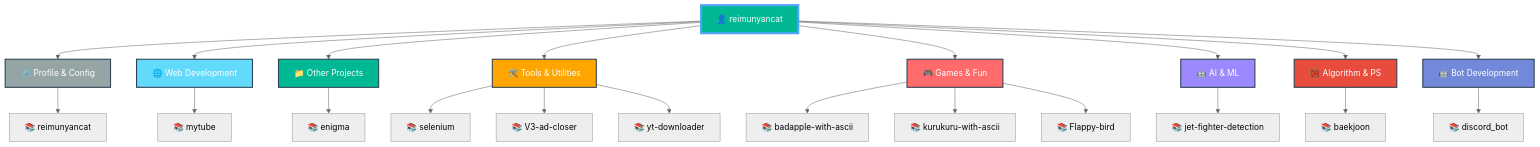
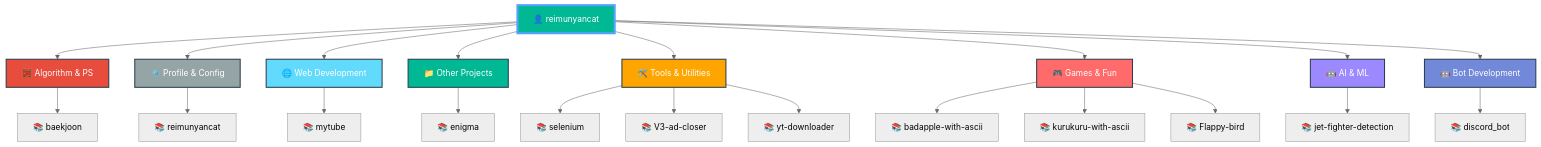
One commit to reimunyancat/reimunyancat changed the diagram in README.md. Above: the diagram before and after it, drawn with Mermaid (neutral theme). The commit also changed other lines of this file, not shown here.

Commit message:
🤖 Auto-update README with latest repositories

````diff
--- a/README.md
+++ b/README.md
@@ -159,42 +159,42 @@
 ```mermaid
 graph TD
   A[👤 reimunyancat]
 
-  A --> CAT0[⚙️ Profile & Config]
-  CAT0 --> CAT0_0[📚 reimunyancat]
+  A --> CAT0[🧮 Algorithm & PS]
+  CAT0 --> CAT0_0[📚 baekjoon]
 
-  A --> CAT1[🌐 Web Development]
-  CAT1 --> CAT1_0[📚 mytube]
+  A --> CAT1[⚙️ Profile & Config]
+  CAT1 --> CAT1_0[📚 reimunyancat]
 
-  A --> CAT2[📁 Other Projects]
-  CAT2 --> CAT2_0[📚 enigma]
+  A --> CAT2[🌐 Web Development]
+  CAT2 --> CAT2_0[📚 mytube]
 
-  A --> CAT3[🛠️ Tools & Utilities]
-  CAT3 --> CAT3_0[📚 selenium]
-  CAT3 --> CAT3_1[📚 V3-ad-closer]
-  CAT3 --> CAT3_2[📚 yt-downloader]
+  A --> CAT3[📁 Other Projects]
+  CAT3 --> CAT3_0[📚 enigma]
 
-  A --> CAT4[🎮 Games & Fun]
-  CAT4 --> CAT4_0[📚 badapple-with-ascii]
-  CAT4 --> CAT4_1[📚 kurukuru-with-ascii]
-  CAT4 --> CAT4_2[📚 Flappy-bird]
+  A --> CAT4[🛠️ Tools & Utilities]
+  CAT4 --> CAT4_0[📚 selenium]
+  CAT4 --> CAT4_1[📚 V3-ad-closer]
+  CAT4 --> CAT4_2[📚 yt-downloader]
 
-  A --> CAT5[🤖 AI & ML]
-  CAT5 --> CAT5_0[📚 jet-fighter-detection]
+  A --> CAT5[🎮 Games & Fun]
+  CAT5 --> CAT5_0[📚 badapple-with-ascii]
+  CAT5 --> CAT5_1[📚 kurukuru-with-ascii]
+  CAT5 --> CAT5_2[📚 Flappy-bird]
 
-  A --> CAT6[🧮 Algorithm & PS]
-  CAT6 --> CAT6_0[📚 baekjoon]
+  A --> CAT6[🤖 AI & ML]
+  CAT6 --> CAT6_0[📚 jet-fighter-detection]
 
   A --> CAT7[🤖 Bot Development]
   CAT7 --> CAT7_0[📚 discord_bot]
 
   style A fill:#00b894,stroke:#55a3ff,stroke-width:4px,color:#fff
-  style CAT0 fill:#95a5a6,stroke:#2c3e50,stroke-width:2px,color:#fff
-  style CAT1 fill:#61dafb,stroke:#2c3e50,stroke-width:2px,color:#fff
-  style CAT2 fill:#00b894,stroke:#2c3e50,stroke-width:2px,color:#fff
-  style CAT3 fill:#ffa500,stroke:#2c3e50,stroke-width:2px,color:#fff
-  style CAT4 fill:#ff6b6b,stroke:#2c3e50,stroke-width:2px,color:#fff
-  style CAT5 fill:#9c88ff,stroke:#2c3e50,stroke-width:2px,color:#fff
-  style CAT6 fill:#e74c3c,stroke:#2c3e50,stroke-width:2px,color:#fff
+  style CAT0 fill:#e74c3c,stroke:#2c3e50,stroke-width:2px,color:#fff
+  style CAT1 fill:#95a5a6,stroke:#2c3e50,stroke-width:2px,color:#fff
+  style CAT2 fill:#61dafb,stroke:#2c3e50,stroke-width:2px,color:#fff
+  style CAT3 fill:#00b894,stroke:#2c3e50,stroke-width:2px,color:#fff
+  style CAT4 fill:#ffa500,stroke:#2c3e50,stroke-width:2px,color:#fff
+  style CAT5 fill:#ff6b6b,stroke:#2c3e50,stroke-width:2px,color:#fff
+  style CAT6 fill:#9c88ff,stroke:#2c3e50,stroke-width:2px,color:#fff
   style CAT7 fill:#7289da,stroke:#2c3e50,stroke-width:2px,color:#fff
 ```
````
